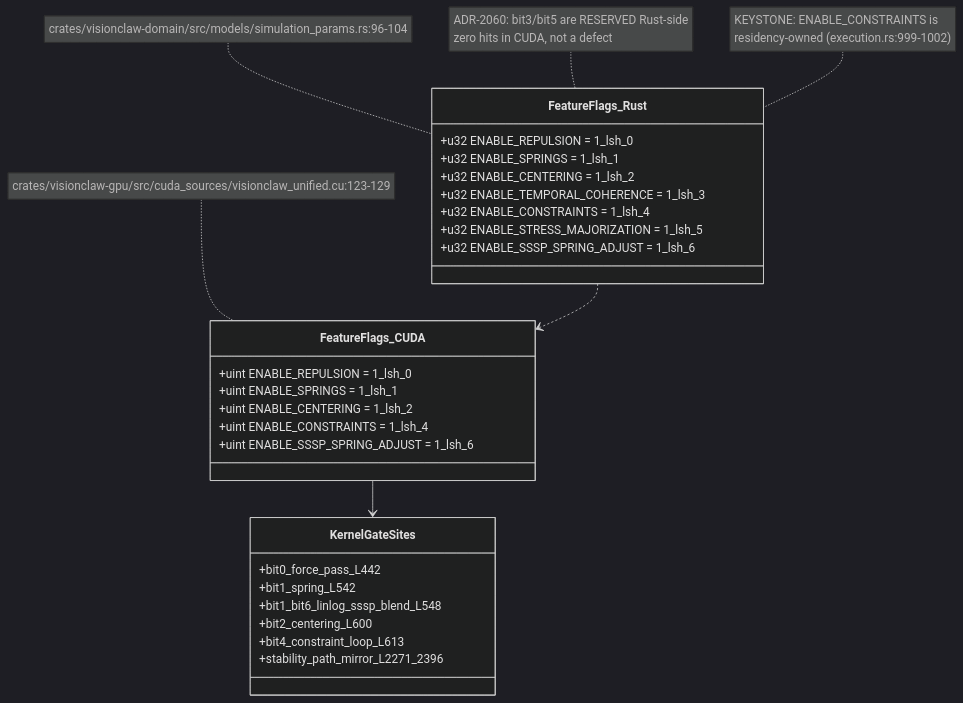
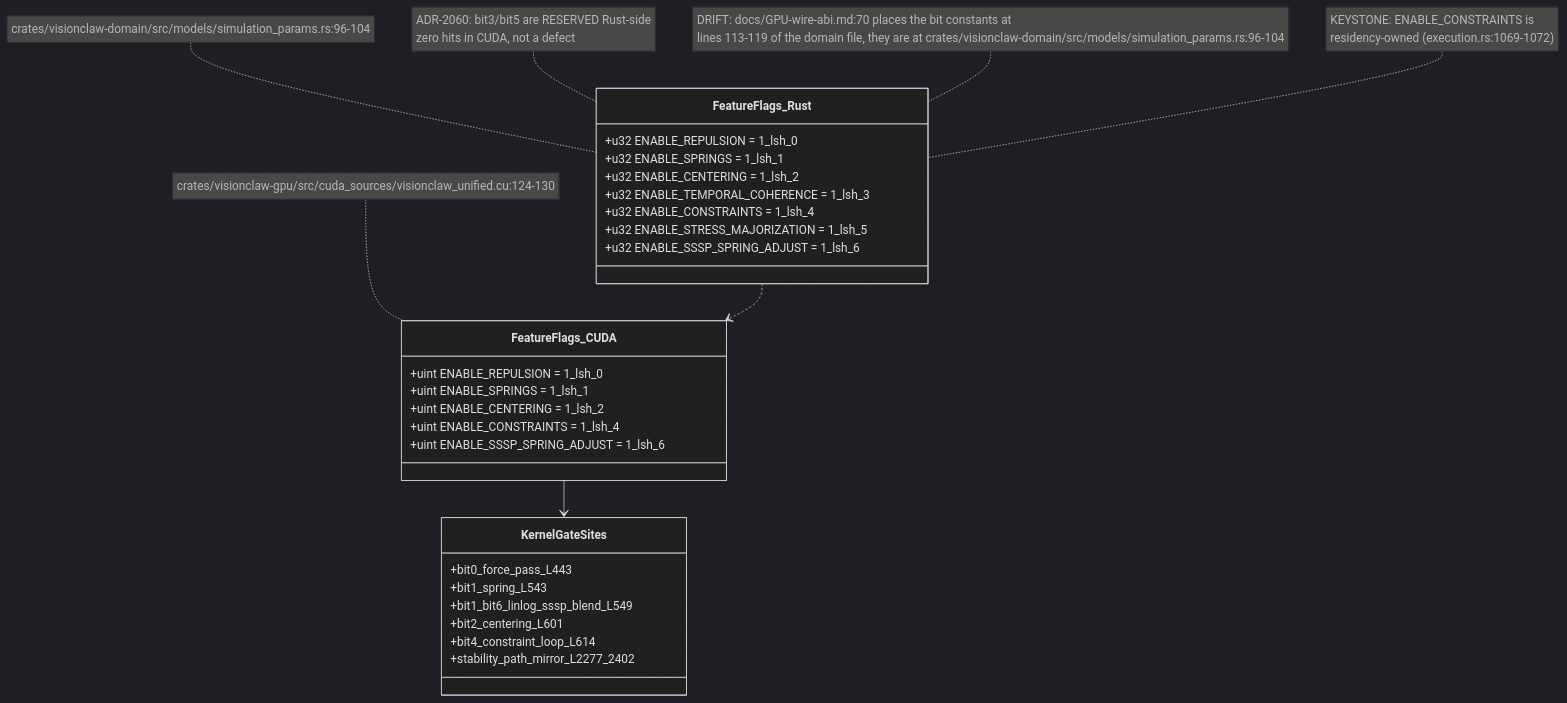
One commit to DreamLab-AI/VisionFlow changed the second of 7 diagrams in docs/diagrams/visionclaw/12-simparams-abi-and-ptx.md. Above: the diagram before and after it, drawn with Mermaid (dark theme). The commit also changed other lines of this file and 160 other files, not shown here.

````diff
--- a/docs/diagrams/visionclaw/12-simparams-abi-and-ptx.md
+++ b/docs/diagrams/visionclaw/12-simparams-abi-and-ptx.md
@@ -113,33 +117,34 @@
 ```mermaid
 classDiagram
     class FeatureFlags_Rust {
         +u32 ENABLE_REPULSION = 1_lsh_0
         +u32 ENABLE_SPRINGS = 1_lsh_1
         +u32 ENABLE_CENTERING = 1_lsh_2
         +u32 ENABLE_TEMPORAL_COHERENCE = 1_lsh_3
         +u32 ENABLE_CONSTRAINTS = 1_lsh_4
         +u32 ENABLE_STRESS_MAJORIZATION = 1_lsh_5
         +u32 ENABLE_SSSP_SPRING_ADJUST = 1_lsh_6
     }
     class FeatureFlags_CUDA {
         +uint ENABLE_REPULSION = 1_lsh_0
         +uint ENABLE_SPRINGS = 1_lsh_1
         +uint ENABLE_CENTERING = 1_lsh_2
         +uint ENABLE_CONSTRAINTS = 1_lsh_4
         +uint ENABLE_SSSP_SPRING_ADJUST = 1_lsh_6
     }
     class KernelGateSites {
-        +bit0_force_pass_L442
-        +bit1_spring_L542
-        +bit1_bit6_linlog_sssp_blend_L548
-        +bit2_centering_L600
-        +bit4_constraint_loop_L613
-        +stability_path_mirror_L2271_2396
+        +bit0_force_pass_L443
+        +bit1_spring_L543
+        +bit1_bit6_linlog_sssp_blend_L549
+        +bit2_centering_L601
+        +bit4_constraint_loop_L614
+        +stability_path_mirror_L2277_2402
     }
     FeatureFlags_Rust ..> FeatureFlags_CUDA
     FeatureFlags_CUDA --> KernelGateSites
     note for FeatureFlags_Rust "crates/visionclaw-domain/src/models/simulation_params.rs:96-104"
-    note for FeatureFlags_CUDA "crates/visionclaw-gpu/src/cuda_sources/visionclaw_unified.cu:123-129"
+    note for FeatureFlags_CUDA "crates/visionclaw-gpu/src/cuda_sources/visionclaw_unified.cu:124-130"
     note for FeatureFlags_Rust "ADR-2060: bit3/bit5 are RESERVED Rust-side<br/>zero hits in CUDA, not a defect"
-    note for FeatureFlags_Rust "KEYSTONE: ENABLE_CONSTRAINTS is<br/>residency-owned (execution.rs:999-1002)"
+    note for FeatureFlags_Rust "DRIFT: docs/GPU-wire-abi.md:70 places the bit constants at<br/>lines 113-119 of the domain file, they are at crates/visionclaw-domain/src/models/simulation_params.rs:96-104"
+    note for FeatureFlags_Rust "KEYSTONE: ENABLE_CONSTRAINTS is<br/>residency-owned (execution.rs:1069-1072)"
 ```
````
